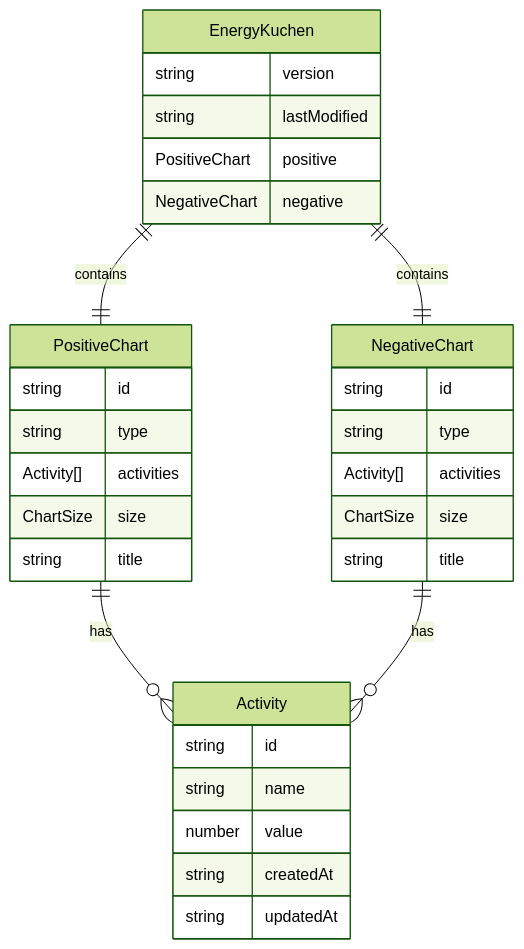
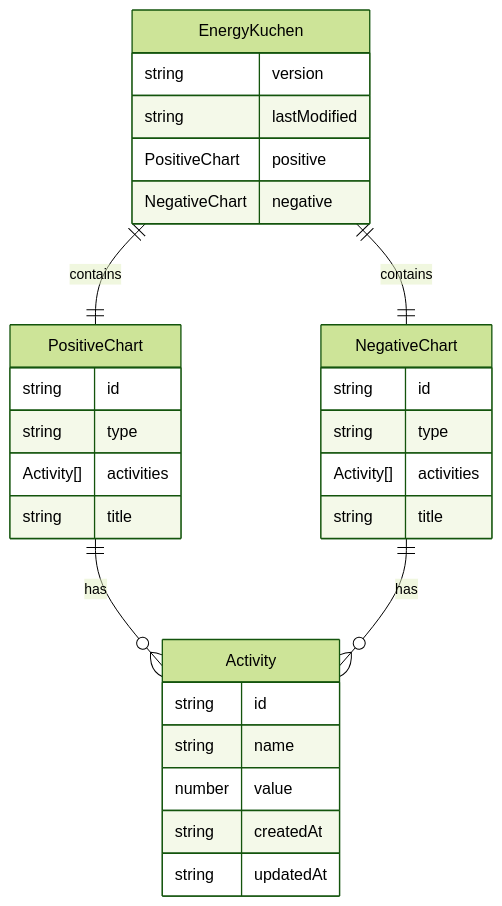
The fourth of 13 diagrams in docs/software_design.md (tobihagemann/energiekuchen), drawn with Mermaid (forest theme) before and after one commit. The commit also changed other lines of this file and 18 other files, not shown here.

Commit message:
Remove chart resizability

````diff
--- a/docs/software_design.md
+++ b/docs/software_design.md
@@ -207,39 +207,37 @@
 ```mermaid
 erDiagram
     EnergyKuchen ||--|| PositiveChart : contains
     EnergyKuchen ||--|| NegativeChart : contains
     PositiveChart ||--o{ Activity : has
     NegativeChart ||--o{ Activity : has
 
     EnergyKuchen {
         string version
         string lastModified
         PositiveChart positive
         NegativeChart negative
     }
 
     PositiveChart {
         string id
         string type
         Activity[] activities
-        ChartSize size
         string title
     }
 
     NegativeChart {
         string id
         string type
         Activity[] activities
-        ChartSize size
         string title
     }
 
     Activity {
         string id
         string name
         number value
         string createdAt
         string updatedAt
     }
 
 ```
````
